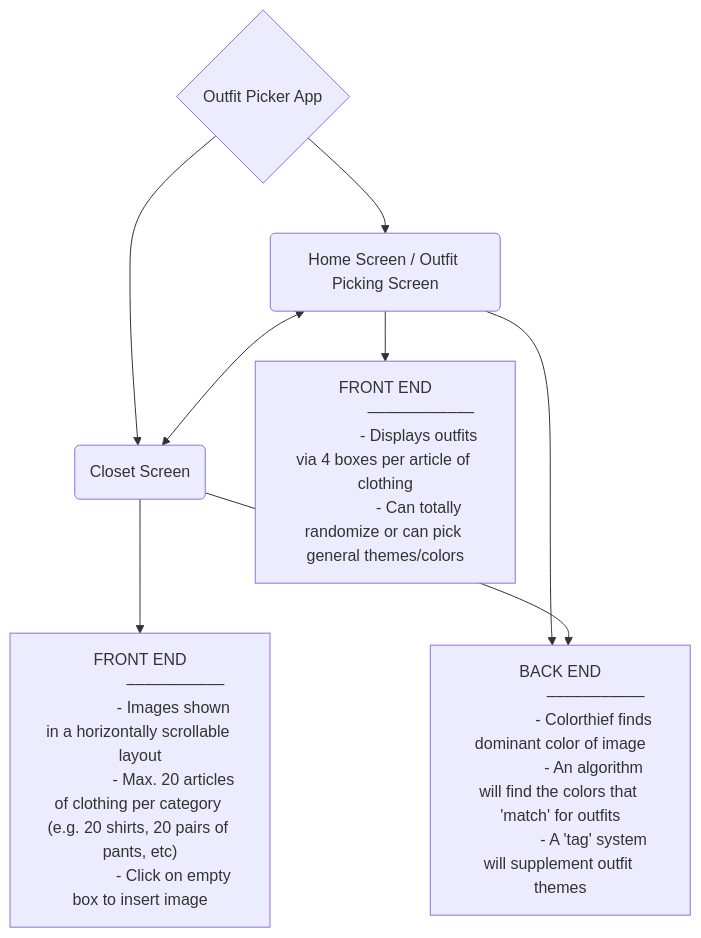
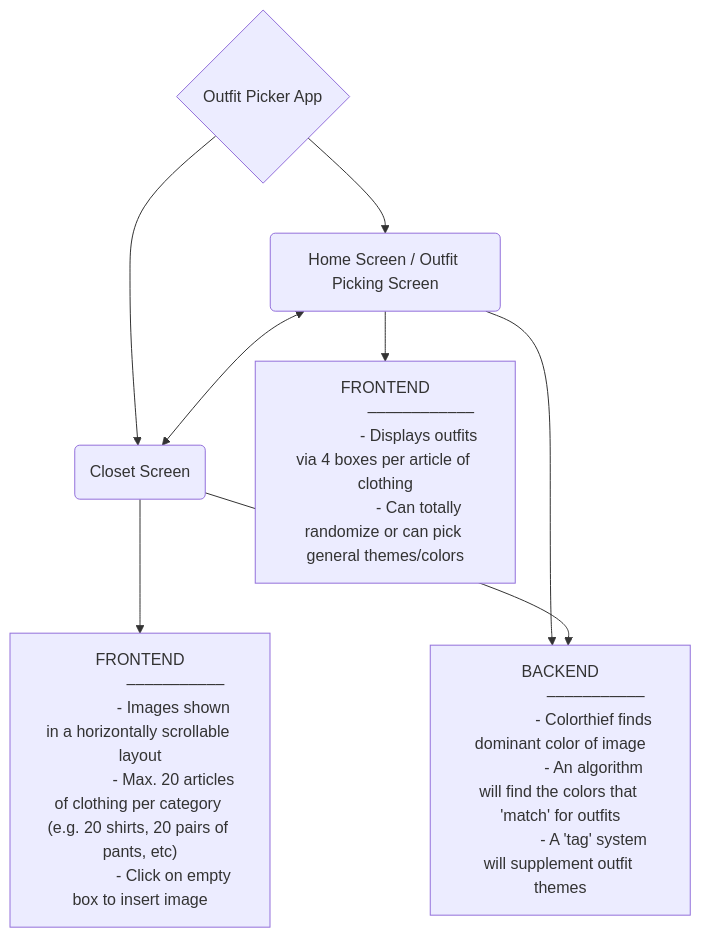
The diagram in README.md (NNewbauer/3300OutfitPicker), drawn with Mermaid before and after one commit. The commit also changed other lines of this file, not shown here.

````diff
--- a/README.md
+++ b/README.md
@@ -67,27 +69,27 @@
 ```mermaid
 flowchart TD
 	A{Outfit Picker App} --> B(Home Screen / Outfit Picking Screen)
 	A --> C(Closet Screen)
 	B <--> C
 	B --> D["
-		FRONT END
+		FRONTEND
 		––––––––––––
 		- Displays outfits via 4 boxes per article of clothing
 		- Can totally randomize or can pick general themes/colors
 	"]
 	B --> E["
-		BACK END
+		BACKEND
 		–––––––––––
 		- Colorthief finds dominant color of image
 		- An algorithm will find the colors that 'match' for outfits
 		- A 'tag' system will supplement outfit themes
 	"]
 	C --> F["
-		FRONT END
+		FRONTEND
 		–––––––––––
 		- Images shown in a horizontally scrollable layout
 		- Max. 20 articles of clothing per category (e.g. 20 shirts, 20 pairs of pants, etc)
 		- Click on empty box to insert image
 	"]
 	C --> E
 ```
````
